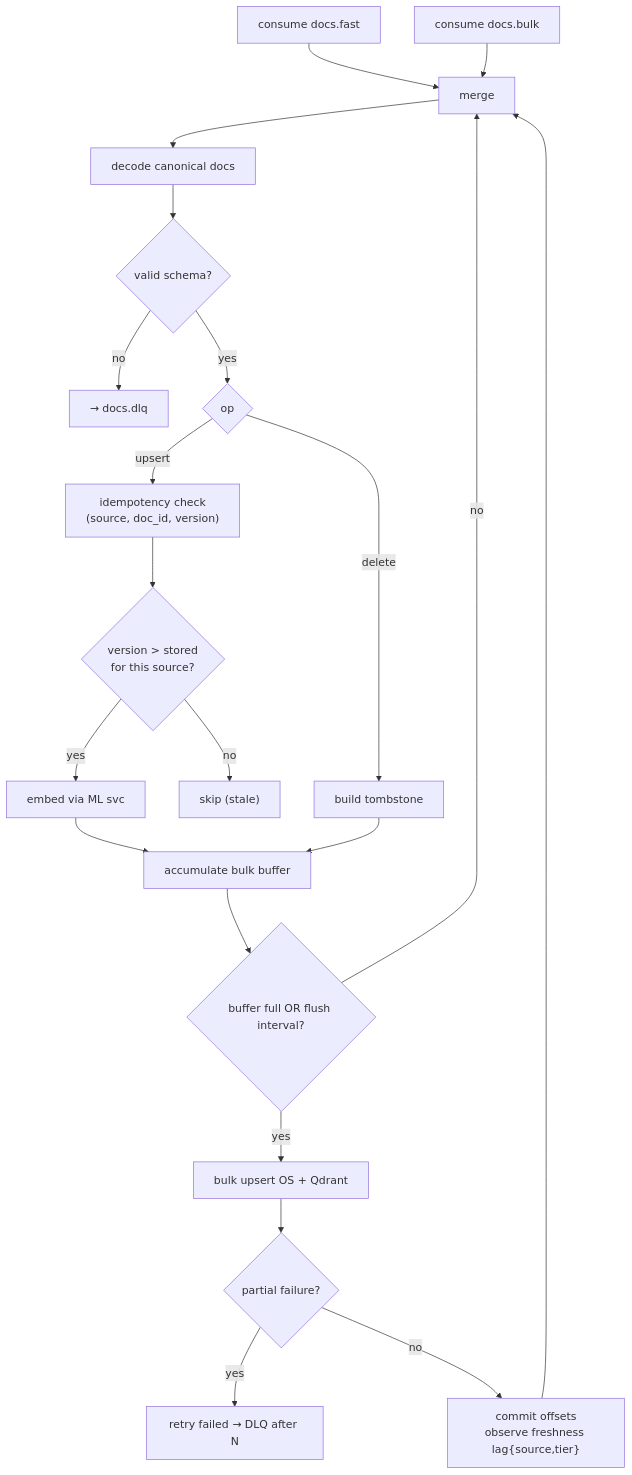
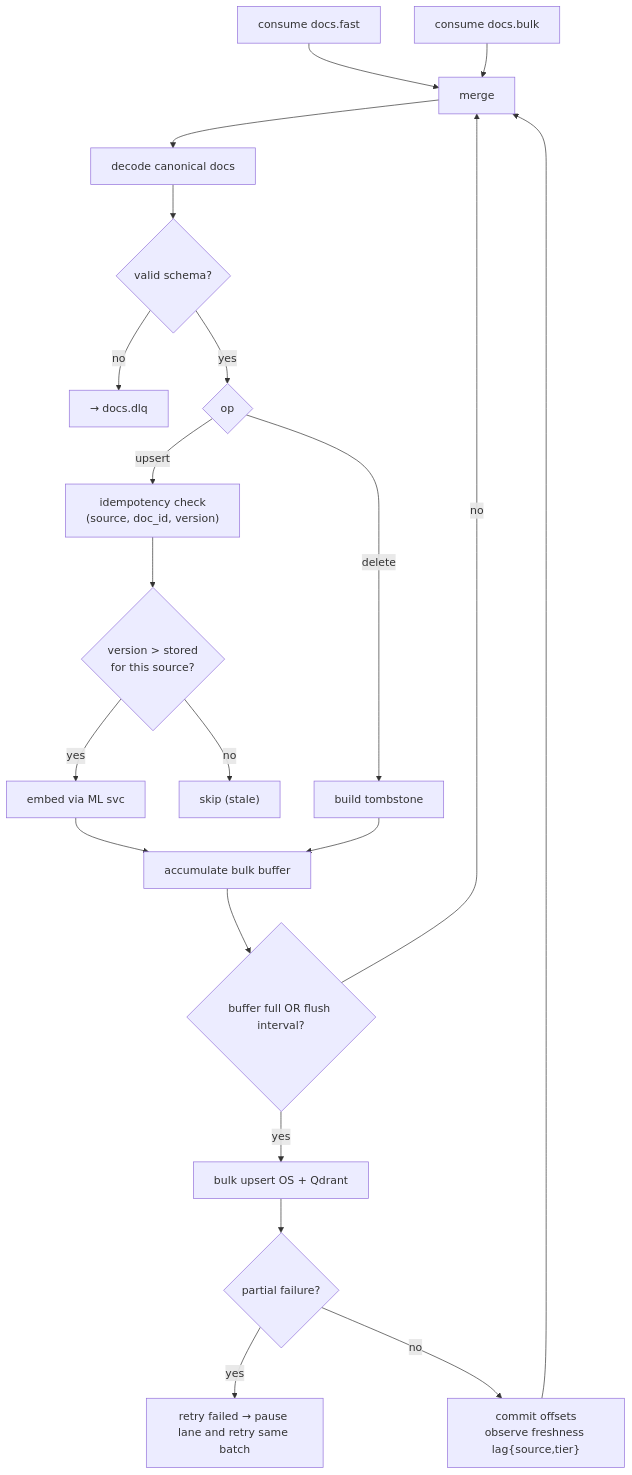
The third of 12 diagrams in docs/LLD.md (Animesh-roy100/search-and-retrieval-system), drawn with Mermaid before and after one commit. The commit also changed other lines of this file and 12 other files, not shown here.

````diff
--- a/docs/LLD.md
+++ b/docs/LLD.md
@@ -181,23 +181,23 @@
 ```mermaid
 flowchart TD
     F1["consume docs.fast"] --> M["merge"]
     F2["consume docs.bulk"] --> M
     M --> B["decode canonical docs"]
     B --> C{"valid schema?"}
     C -->|no| DLQ["→ docs.dlq"]
     C -->|yes| D{"op"}
     D -->|upsert| E["idempotency check<br/>(source, doc_id, version)"]
     D -->|delete| TS["build tombstone"]
     E --> G{"version > stored<br/>for this source?"}
     G -->|no| SKIP["skip (stale)"]
     G -->|yes| H["embed via ML svc"]
     H --> I["accumulate bulk buffer"]
     TS --> I
     I --> J{"buffer full OR flush interval?"}
     J -->|no| M
     J -->|yes| K["bulk upsert OS + Qdrant"]
     K --> L{"partial failure?"}
-    L -->|yes| R["retry failed → DLQ after N"]
+    L -->|yes| R["retry failed → pause lane and retry same batch"]
     L -->|no| N["commit offsets<br/>observe freshness lag{source,tier}"]
     N --> M
 ```
````
